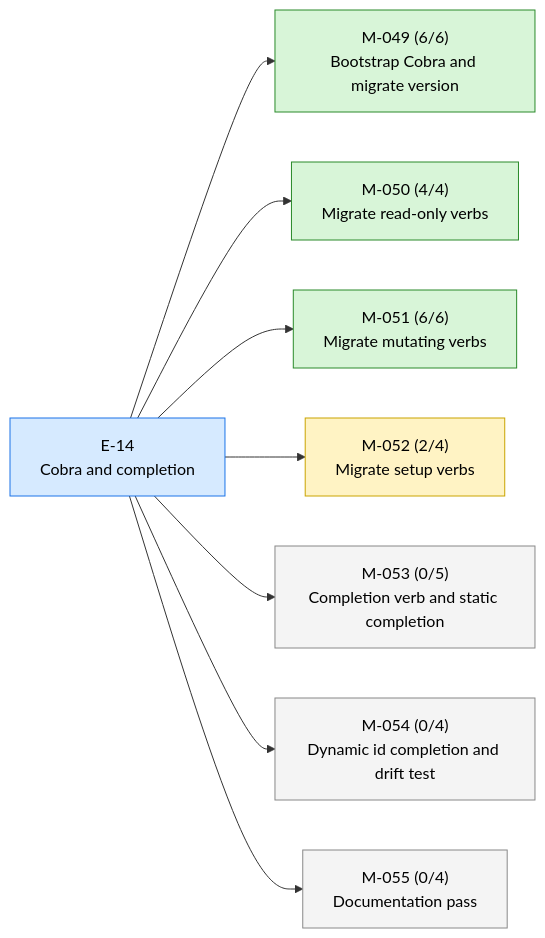
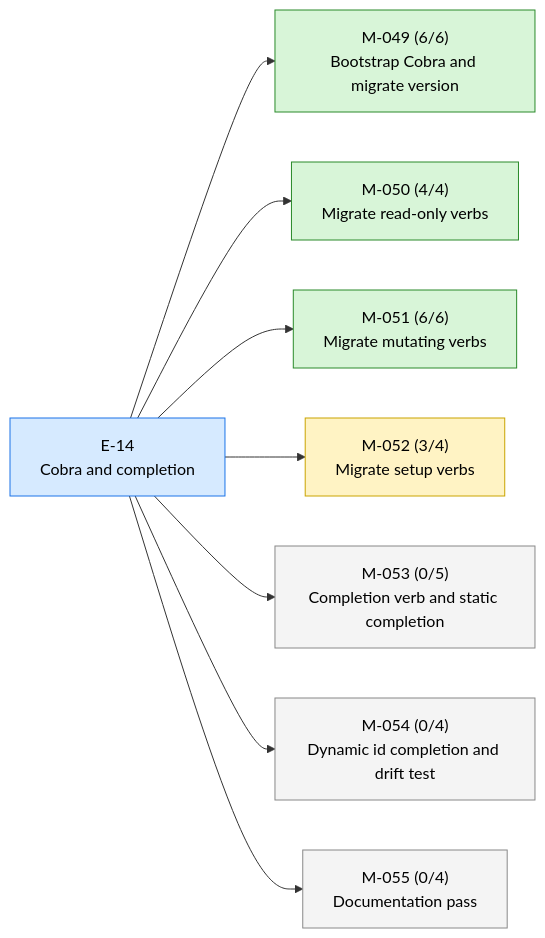
One commit to 23min/aiwf changed the first of 2 diagrams in STATUS.md. Above: the diagram before and after it, drawn with Mermaid. The commit also changed other lines of this file and 1 other file, not shown here.

````diff
--- a/STATUS.md
+++ b/STATUS.md
@@ -17,24 +17,24 @@
 ```mermaid
 flowchart LR
   E_14["E-14<br/>Cobra and completion"]:::epic_active
   M_049["M-049 (6/6)<br/>Bootstrap Cobra and migrate version"]:::ms_done
   E_14 --> M_049
   M_050["M-050 (4/4)<br/>Migrate read-only verbs"]:::ms_done
   E_14 --> M_050
   M_051["M-051 (6/6)<br/>Migrate mutating verbs"]:::ms_done
   E_14 --> M_051
-  M_052["M-052 (2/4)<br/>Migrate setup verbs"]:::ms_in_progress
+  M_052["M-052 (3/4)<br/>Migrate setup verbs"]:::ms_in_progress
   E_14 --> M_052
   M_053["M-053 (0/5)<br/>Completion verb and static completion"]:::ms_draft
   E_14 --> M_053
   M_054["M-054 (0/4)<br/>Dynamic id completion and drift test"]:::ms_draft
   E_14 --> M_054
   M_055["M-055 (0/4)<br/>Documentation pass"]:::ms_draft
   E_14 --> M_055
   classDef epic_active fill:#d6eaff,stroke:#1a73e8,color:#000
   classDef epic_proposed fill:#f4f4f4,stroke:#888,color:#000
   classDef ms_done fill:#d8f5d8,stroke:#2a8a2a,color:#000
   classDef ms_in_progress fill:#fff3c4,stroke:#caa400,color:#000
   classDef ms_draft fill:#f4f4f4,stroke:#888,color:#000
   classDef ms_cancelled fill:#fbeaea,stroke:#c33,color:#000
 ```
````
